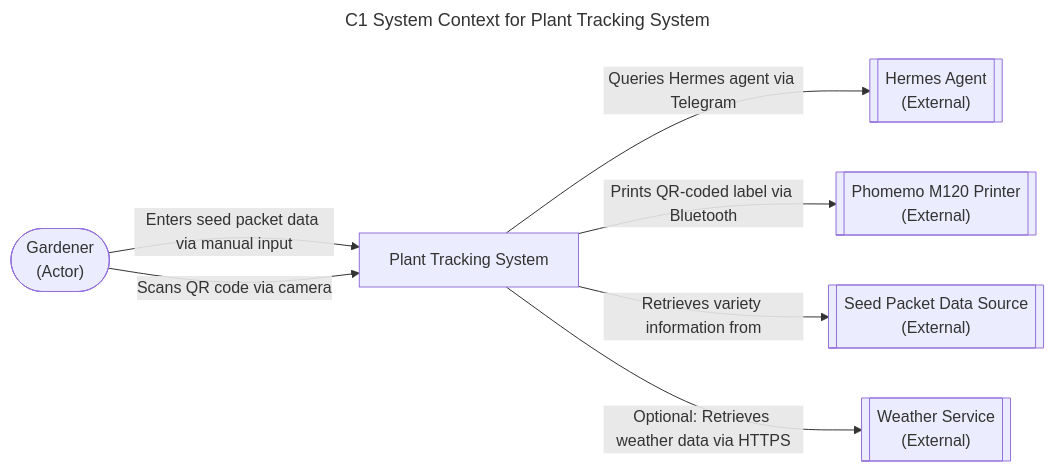
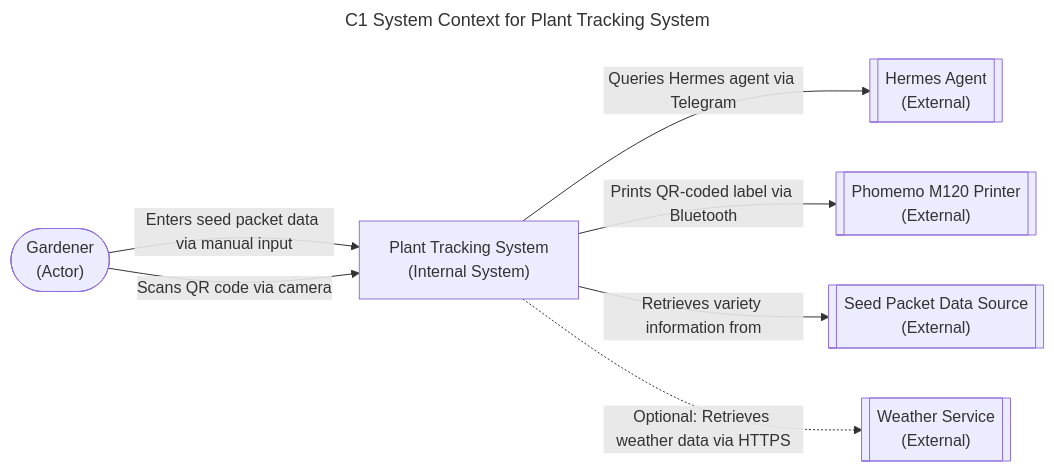
The diagram in knowledge/architecture/decisions/ADR-0002-system-context.md (geraldthewes/plant-tracking), drawn with Mermaid before and after one commit. The commit also changed other lines of this file and 6 other files, not shown here.

````diff
--- a/knowledge/architecture/decisions/ADR-0002-system-context.md
+++ b/knowledge/architecture/decisions/ADR-0002-system-context.md
@@ -88,19 +88,21 @@
 ```mermaid
 ---
 title: C1 System Context for Plant Tracking System
 ---
 flowchart LR
     gardener(["Gardener\n(Actor)"])
-    trackingsystem["Plant Tracking System"]
+
+    sys["Plant Tracking System\n(Internal System)"]
+
     hermes[["Hermes Agent\n(External)"]]
     phomemo[["Phomemo M120 Printer\n(External)"]]
     seed[["Seed Packet Data Source\n(External)"]]
     weather[["Weather Service\n(External)"]]
 
-    gardener -->|"Enters seed packet data via manual input"| trackingsystem
-    gardener -->|"Scans QR code via camera"| trackingsystem
-    trackingsystem -->|"Queries Hermes agent via Telegram"| hermes
-    trackingsystem -->|"Prints QR-coded label via Bluetooth"| phomemo
-    trackingsystem -->|"Retrieves variety information from"| seed
-    trackingsystem -->|"Optional: Retrieves weather data via HTTPS"| weather
+    gardener -->|"Enters seed packet data via manual input"| sys
+    gardener -->|"Scans QR code via camera"| sys
+    sys -->|"Queries Hermes agent via Telegram"| hermes
+    sys -->|"Prints QR-coded label via Bluetooth"| phomemo
+    sys -->|"Retrieves variety information from"| seed
+    sys -.->|"Optional: Retrieves weather data via HTTPS"| weather
 ```
````
